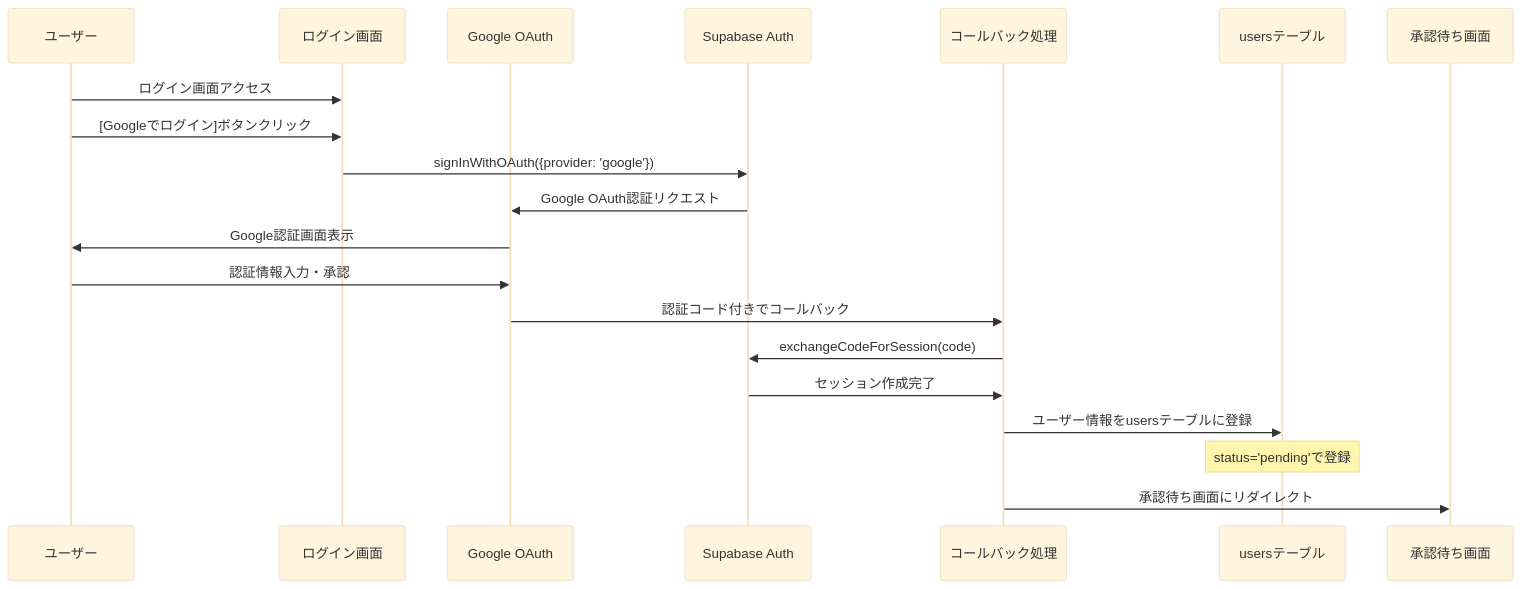
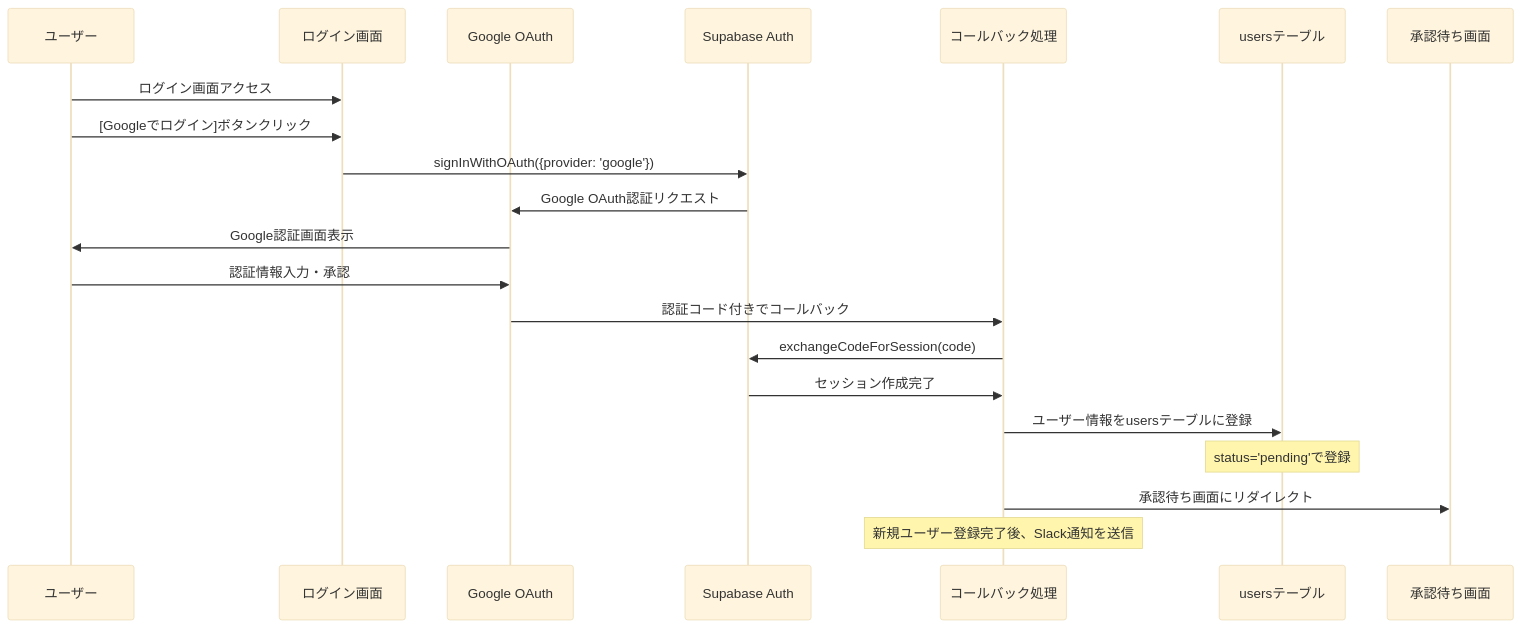
Before and after one commit to Singuralitylabs/portal-site: the first of 3 diagrams in docs/specification.md, drawn with Mermaid (base theme). The commit also changed other lines of this file, not shown here.

````diff
--- a/docs/specification.md
+++ b/docs/specification.md
@@ -59,23 +60,24 @@
 ```mermaid
 sequenceDiagram
     participant U as ユーザー
     participant L as ログイン画面
     participant G as Google OAuth
     participant SA as Supabase Auth
     participant CB as コールバック処理
     participant DB as usersテーブル
     participant P as 承認待ち画面
 
     U->>L: ログイン画面アクセス
     U->>L: [Googleでログイン]ボタンクリック
     L->>SA: signInWithOAuth({provider: 'google'})
     SA->>G: Google OAuth認証リクエスト
     G->>U: Google認証画面表示
     U->>G: 認証情報入力・承認
     G->>CB: 認証コード付きでコールバック
     CB->>SA: exchangeCodeForSession(code)
     SA->>CB: セッション作成完了
     CB->>DB: ユーザー情報をusersテーブルに登録
     Note over DB: status='pending'で登録
     CB->>P: 承認待ち画面にリダイレクト
+    Note over CB: 新規ユーザー登録完了後、Slack通知を送信
 ```
````
